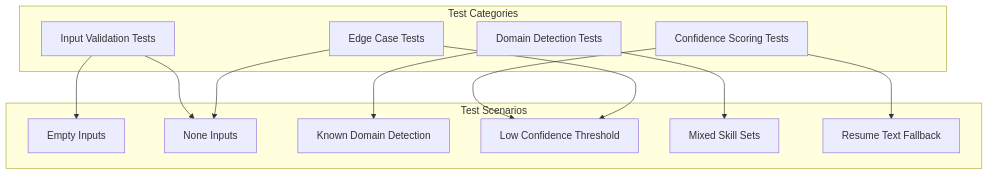
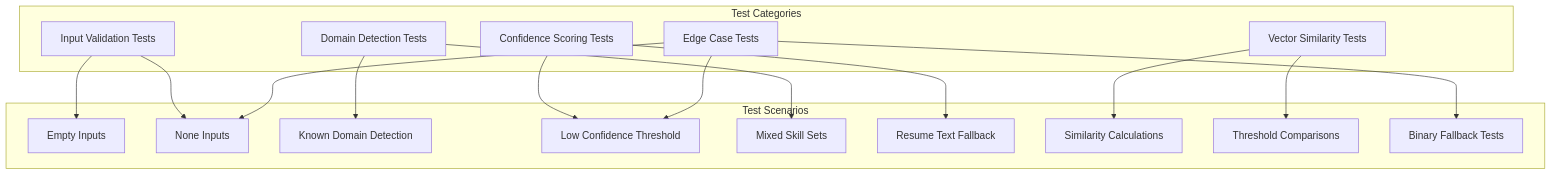
One commit to Revanththetalogics/aireume changed the sixth of 6 diagrams in .qoder/repowiki/en/content/Analysis Engine/Domain Detection Service.md. Above: the diagram before and after it, drawn with Mermaid. The commit also changed other lines of this file and 41 other files, not shown here.

````diff
--- a/.qoder/repowiki/en/content/Analysis Engine/Domain Detection Service.md
+++ b/.qoder/repowiki/en/content/Analysis Engine/Domain Detection Service.md
@@ -296,25 +359,32 @@
 ```mermaid
 graph TB
 subgraph "Test Categories"
 TC1[Input Validation Tests]
 TC2[Domain Detection Tests]
 TC3[Confidence Scoring Tests]
-TC4[Edge Case Tests]
+TC4[Vector Similarity Tests]
+TC5[Edge Case Tests]
 end
 subgraph "Test Scenarios"
 TS1[Empty Inputs]
 TS2[None Inputs]
 TS3[Known Domain Detection]
 TS4[Low Confidence Threshold]
 TS5[Mixed Skill Sets]
 TS6[Resume Text Fallback]
+TS7[Similarity Calculations]
+TS8[Threshold Comparisons]
+TS9[Binary Fallback Tests]
 end
 TC1 --> TS1
 TC1 --> TS2
 TC2 --> TS3
 TC2 --> TS5
 TC3 --> TS4
 TC3 --> TS6
-TC4 --> TS2
-TC4 --> TS4
+TC4 --> TS7
+TC4 --> TS8
+TC5 --> TS2
+TC5 --> TS4
+TC5 --> TS9
 ```
````
